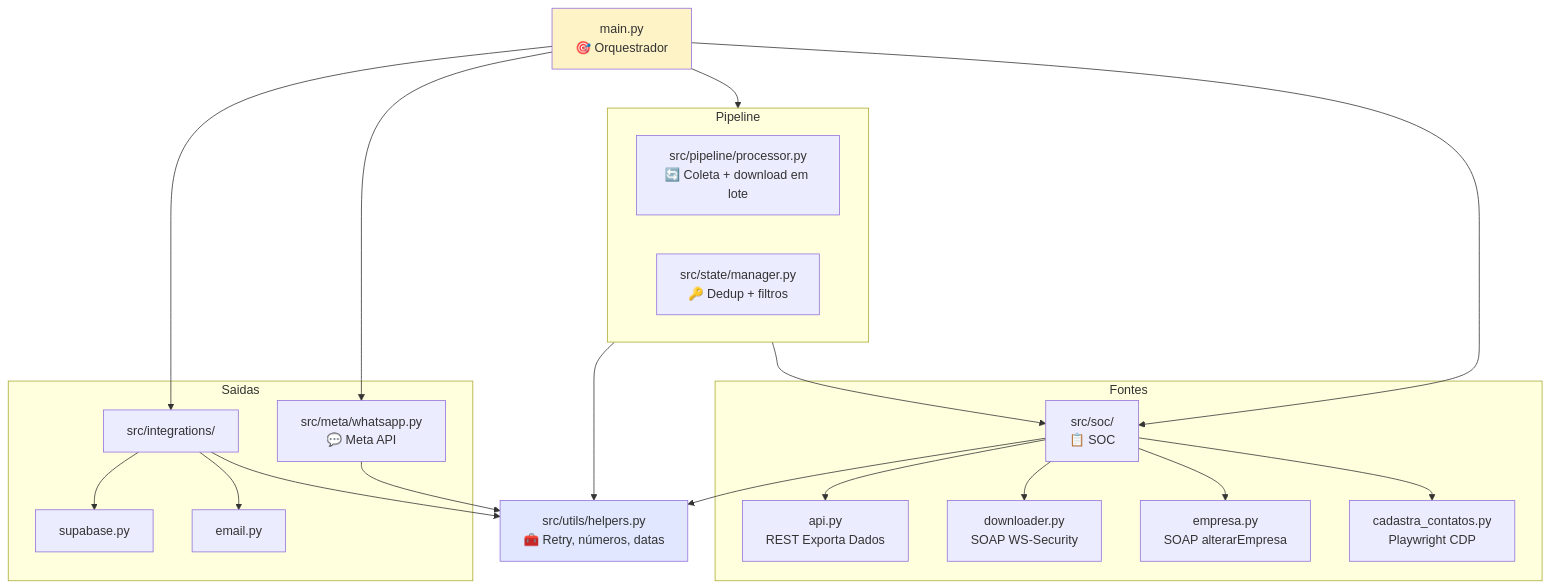
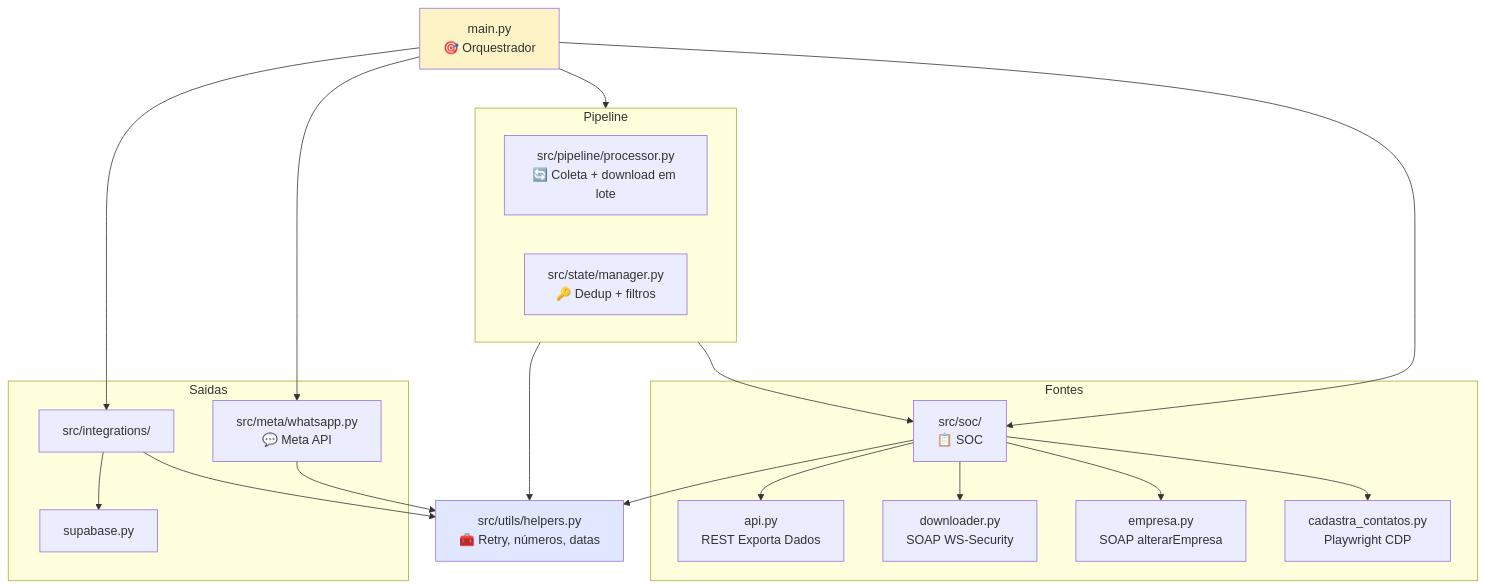
Before and after one commit to safehelp-agentes/Mensageria_ASOs: the fourth of 8 diagrams in ARCHITECTURE.md, drawn with Mermaid. The commit also changed other lines of this file and 4 other files, not shown here.

````diff
--- a/ARCHITECTURE.md
+++ b/ARCHITECTURE.md
@@ -148,45 +142,43 @@
 ```mermaid
 graph TB
     Main[main.py<br/>🎯 Orquestrador]
 
     subgraph Fontes
         SOC[src/soc/<br/>📋 SOC]
         SOC_API[api.py<br/>REST Exporta Dados]
         SOC_DL[downloader.py<br/>SOAP WS-Security]
         SOC_EMP[empresa.py<br/>SOAP alterarEmpresa]
         SOC_CAD[cadastra_contatos.py<br/>Playwright CDP]
         SOC --> SOC_API
         SOC --> SOC_DL
         SOC --> SOC_EMP
         SOC --> SOC_CAD
     end
 
     subgraph Pipeline
         Proc[src/pipeline/processor.py<br/>🔄 Coleta + download em lote]
         State[src/state/manager.py<br/>🔑 Dedup + filtros]
     end
 
     subgraph Saidas
         Meta[src/meta/whatsapp.py<br/>💬 Meta API]
         Int[src/integrations/]
         SBint[supabase.py]
-        Emint[email.py]
         Int --> SBint
-        Int --> Emint
     end
 
     Utils[src/utils/helpers.py<br/>🧰 Retry, números, datas]
 
     Main --> SOC
     Main --> Pipeline
     Main --> Meta
     Main --> Int
     Pipeline --> SOC
     Meta --> Utils
     SOC --> Utils
     Pipeline --> Utils
     Int --> Utils
 
     style Main fill:#fef3c7
     style Utils fill:#e0e7ff
 ```
````
